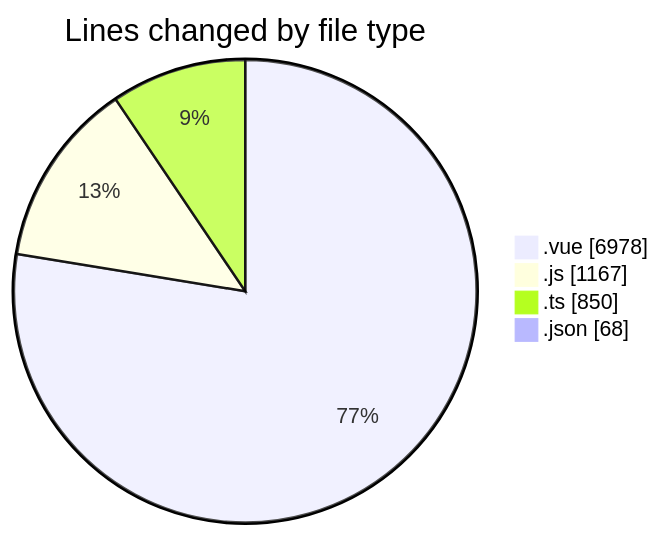
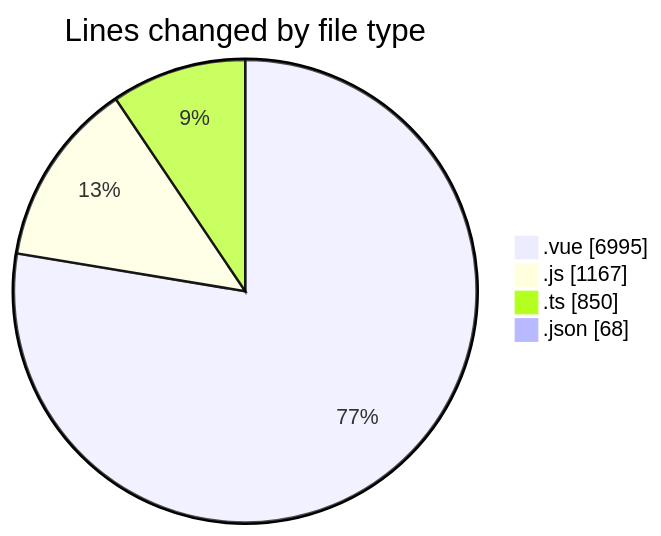
Before and after one commit to lephambinh05/code-tracking: the first of 2 diagrams in 2025-08-12/rentotp/README.md, drawn with Mermaid. The commit also changed other lines of this file and 1 other file, not shown here.

````diff
--- a/2025-08-12/rentotp/README.md
+++ b/2025-08-12/rentotp/README.md
@@ -45,8 +45,8 @@
 ```mermaid
 pie showData
 title Lines changed by file type
-".vue" : 6978
+".vue" : 6995
 ".js" : 1167
 ".ts" : 850
 ".json" : 68
 ```
````
